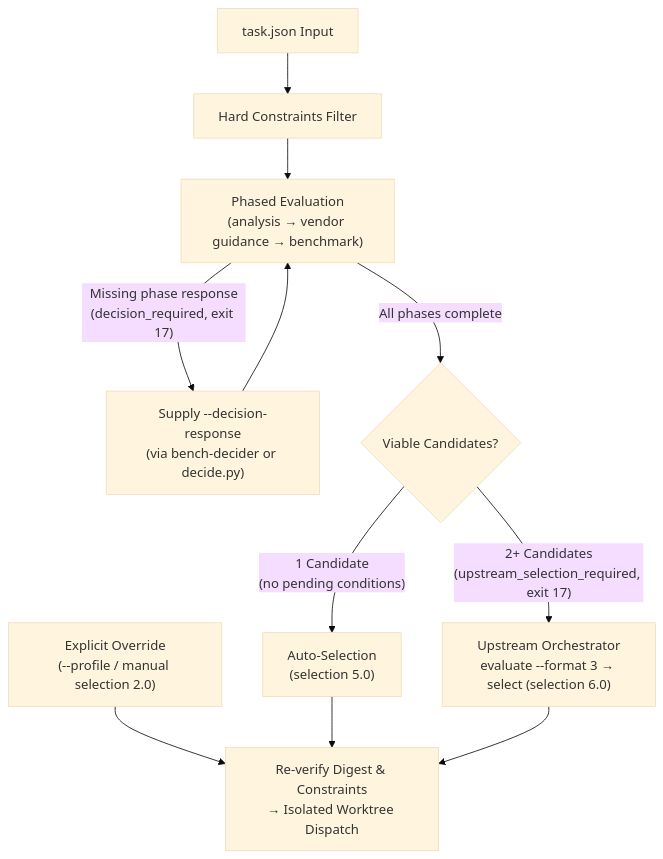
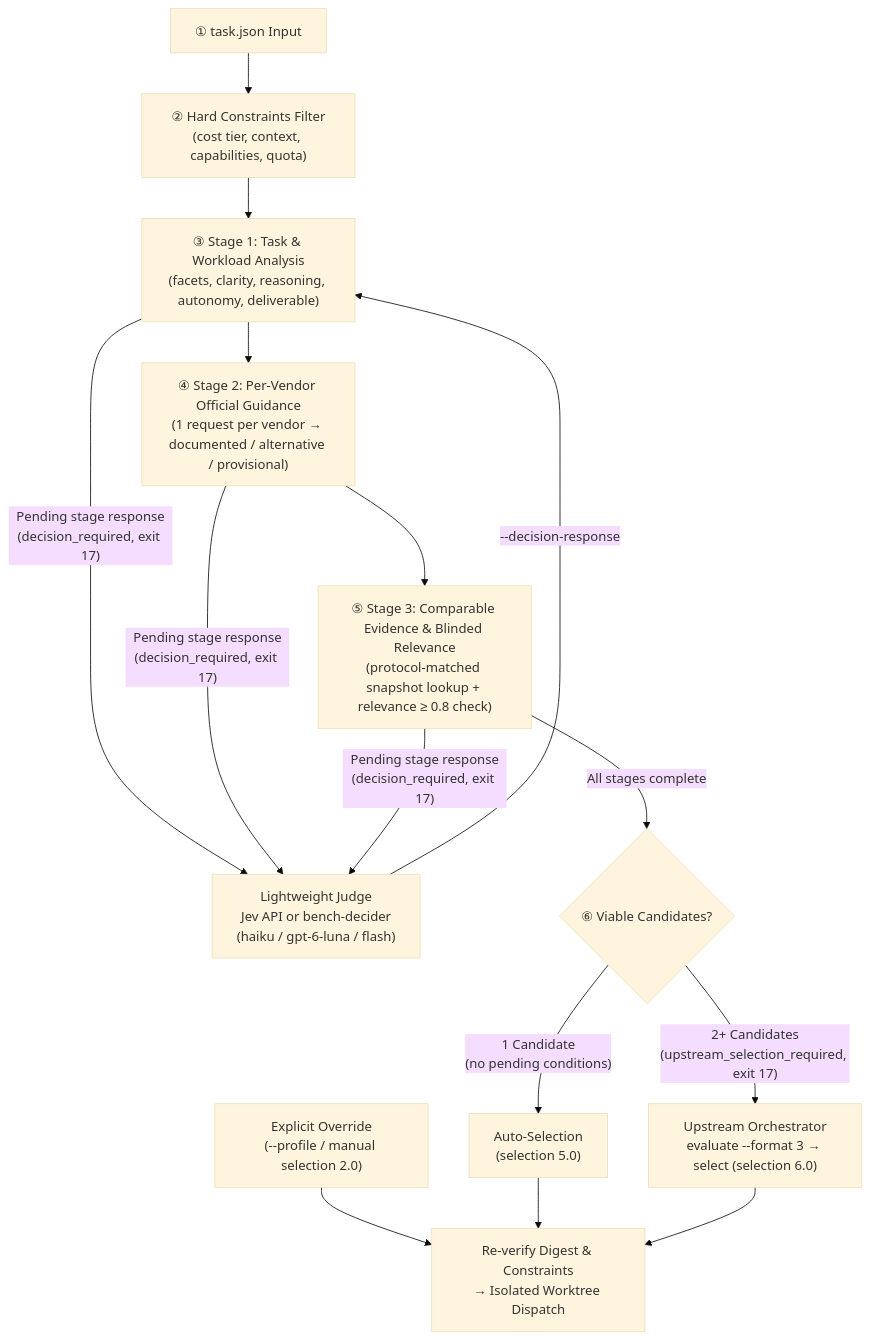
One commit to hjlim4u/bench-router changed the second of 2 diagrams in README.md. Above: the diagram before and after it, drawn with Mermaid (base theme). The commit also changed other lines of this file and 3 other files, not shown here.

````diff
--- a/README.md
+++ b/README.md
@@ -79,13 +70,15 @@
 ```mermaid
 flowchart TD
-    T["task.json Input"] --> F["Hard Constraints Filter"]
-    F --> P["Phased Evaluation<br/>(analysis → vendor guidance → benchmark)"]
-    P -- "Missing phase response<br/>(decision_required, exit 17)" --> D["Supply --decision-response<br/>(via bench-decider or decide.py)"]
-    D --> P
-    P -- "All phases complete" --> C{"Viable Candidates?"}
+    T["① task.json Input"] --> F["② Hard Constraints Filter<br/>(cost tier, context, capabilities, quota)"]
+    F --> P1["③ Stage 1: Task & Workload Analysis<br/>(facets, clarity, reasoning, autonomy, deliverable)"]
+    P1 --> P2["④ Stage 2: Per-Vendor Official Guidance<br/>(1 request per vendor → documented / alternative / provisional)"]
+    P2 --> P3["⑤ Stage 3: Comparable Evidence & Blinded Relevance<br/>(protocol-matched snapshot lookup + relevance ≥ 0.8 check)"]
+    P1 & P2 & P3 -- "Pending stage response<br/>(decision_required, exit 17)" --> D["Lightweight Judge<br/>Jev API or bench-decider<br/>(haiku / gpt-6-luna / flash)"]
+    D -- "--decision-response" --> P1
+    P3 -- "All stages complete" --> C{"⑥ Viable Candidates?"}
     C -- "1 Candidate<br/>(no pending conditions)" --> A["Auto-Selection<br/>(selection 5.0)"]
     C -- "2+ Candidates<br/>(upstream_selection_required, exit 17)" --> U["Upstream Orchestrator<br/>evaluate --format 3 → select (selection 6.0)"]
     M["Explicit Override<br/>(--profile / manual selection 2.0)"] --> R
     A --> R["Re-verify Digest & Constraints<br/>→ Isolated Worktree Dispatch"]
     U --> R
 ```
````
